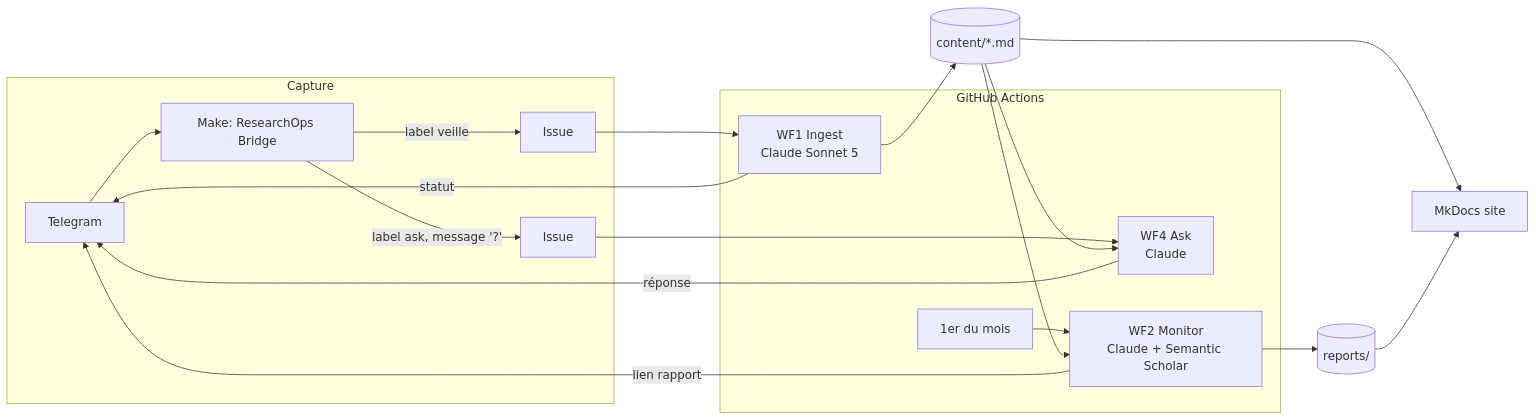
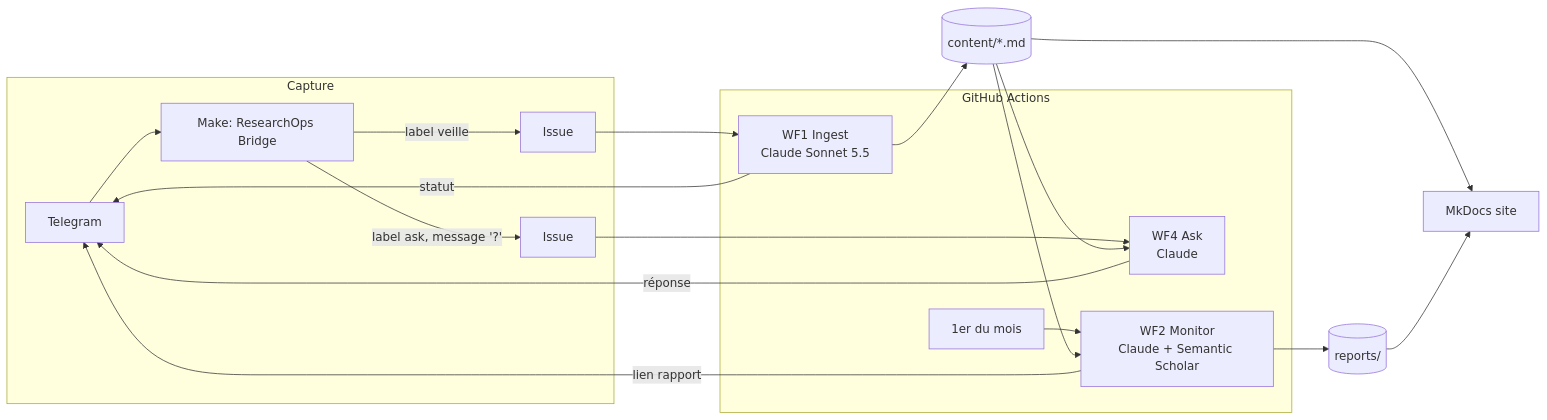
Before and after one commit to yajeddig/ResearchOps: the diagram in README.md, drawn with Mermaid. The commit also changed other lines of this file and 22 other files, not shown here.

````diff
--- a/README.md
+++ b/README.md
@@ -20,20 +20,20 @@
 ```mermaid
 graph LR
     subgraph Capture
         TG[Telegram] --> MK[Make: ResearchOps Bridge]
         MK -->|label veille| I1[Issue]
         MK -->|label ask, message '?'| I2[Issue]
     end
     subgraph "GitHub Actions"
-        I1 --> WF1[WF1 Ingest<br/>Claude Sonnet 5]
+        I1 --> WF1[WF1 Ingest<br/>Claude Sonnet 5.5]
         I2 --> WF4[WF4 Ask<br/>Claude]
         CRON[1er du mois] --> WF2[WF2 Monitor<br/>Claude + Semantic Scholar]
     end
     WF1 --> C[(content/*.md)]
     C --> WF2 --> R[(reports/)]
     C --> WF4 -->|réponse| TG
     C --> SITE[MkDocs site]
     R --> SITE
     WF1 -->|statut| TG
     WF2 -->|lien rapport| TG
 ```
````
